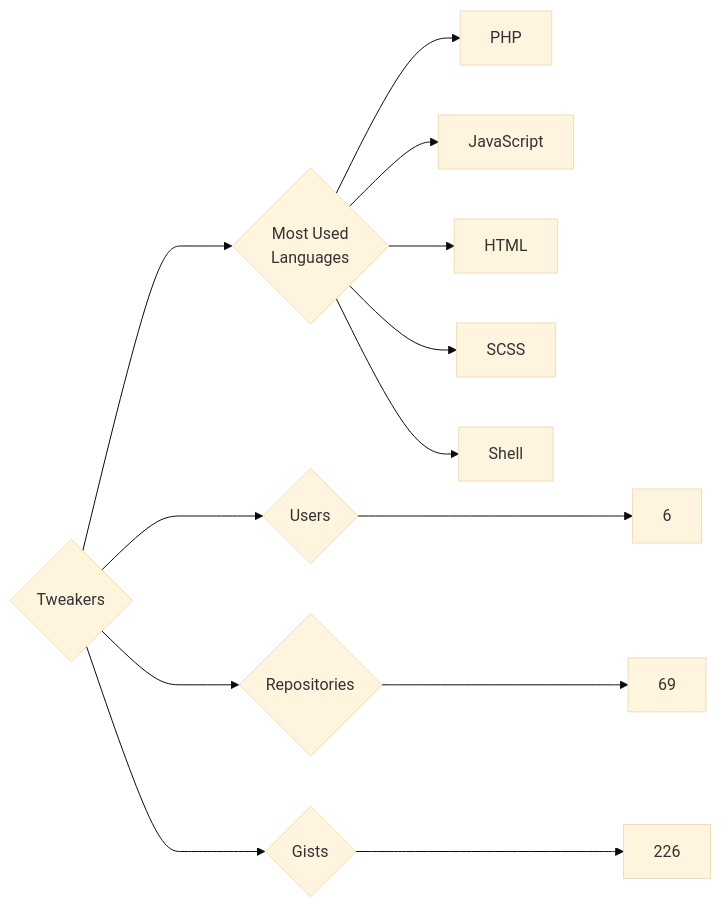
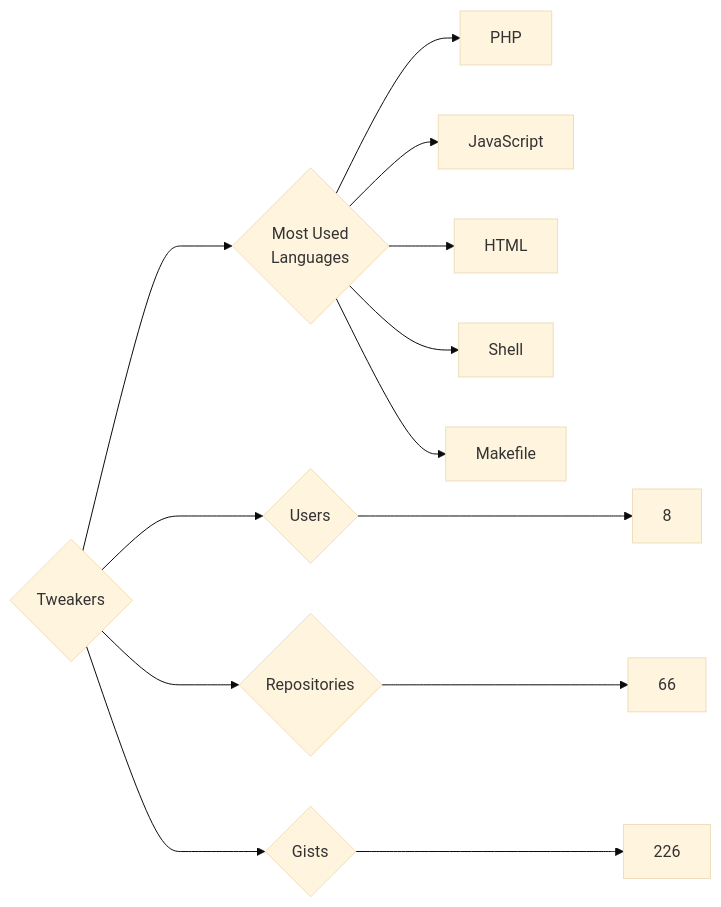
One commit to trickest/insiders changed the diagram in targets/Tweakers/README.md. Above: the diagram before and after it, drawn with Mermaid (base theme). The commit also changed 829 other files, not shown here.

````diff
--- a/targets/Tweakers/README.md
+++ b/targets/Tweakers/README.md
@@ -3,13 +3,13 @@
 ```mermaid
 graph LR
 COMPANY_NAME{Tweakers}
-COMPANY_NAME ---> U{Users} ---> UN[6]
-COMPANY_NAME ---> R{Repositories} ---> RN[69]
+COMPANY_NAME ---> U{Users} ---> UN[8]
+COMPANY_NAME ---> R{Repositories} ---> RN[66]
 COMPANY_NAME ---> G{Gists} ---> GN[226]
 COMPANY_NAME ---> ML{Most Used<br>Languages}
 ML --> PHP[PHP]
 ML --> JavaScript[JavaScript]
 ML --> HTML[HTML]
-ML --> SCSS[SCSS]
 ML --> Shell[Shell]
+ML --> Makefile[Makefile]
 ```
````
